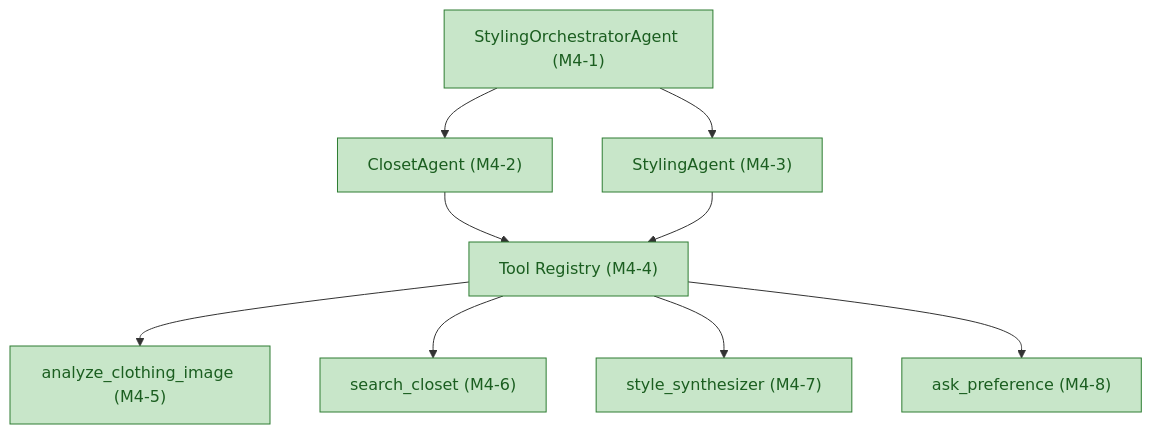
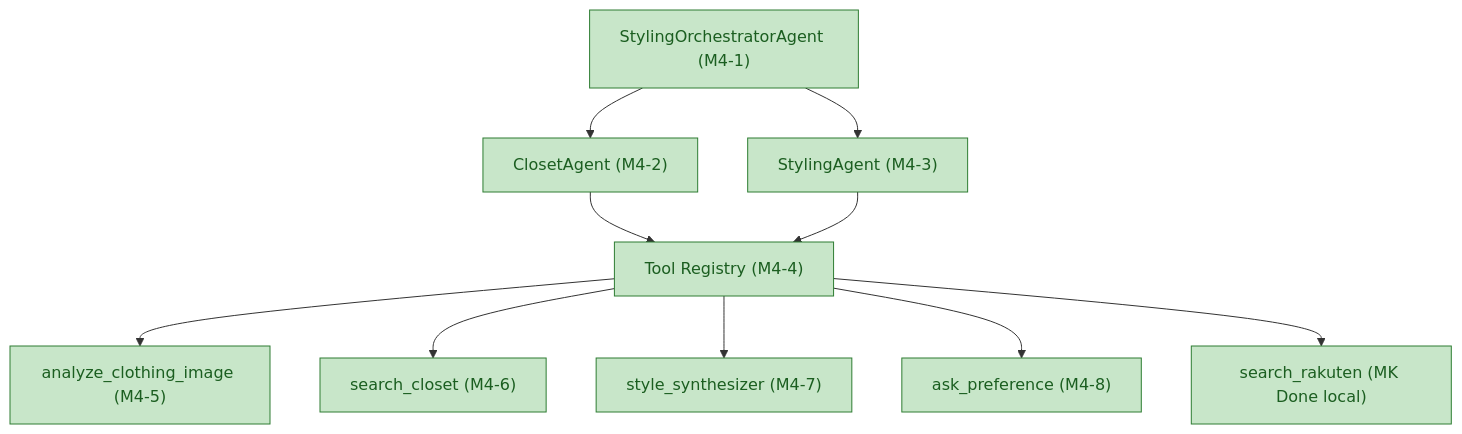
One commit to RanArino/gen-fashion changed the fourth of 8 diagrams in docs/architecture-overview.md. Above: the diagram before and after it, drawn with Mermaid. The commit also changed other lines of this file and 67 other files, not shown here.

````diff
--- a/docs/architecture-overview.md
+++ b/docs/architecture-overview.md
@@ -248,20 +284,22 @@
 ```mermaid
 flowchart TB
   orch["StylingOrchestratorAgent (M4-1)"]
   closet["ClosetAgent (M4-2)"]
   styling["StylingAgent (M4-3)"]
   reg["Tool Registry (M4-4)"]
   t1["analyze_clothing_image (M4-5)"]
   t2["search_closet (M4-6)"]
   t3["style_synthesizer (M4-7)"]
   t4["ask_preference (M4-8)"]
+  t5["search_rakuten (MK Done local)"]
 
   orch --> closet
   orch --> styling
   closet --> reg
   styling --> reg
-  reg --> t1 & t2 & t3 & t4
+  reg --> t1 & t2 & t3 & t4 & t5
 
   classDef done fill:#c8e6c9,stroke:#2e7d32,color:#1b5e20;
-  class orch,closet,styling,reg,t1,t2,t3,t4 done;
+  classDef todo fill:#eceff1,stroke:#90a4ae,color:#455a64,stroke-dasharray:6 3;
+  class orch,closet,styling,reg,t1,t2,t3,t4,t5 done;
 ```
````
